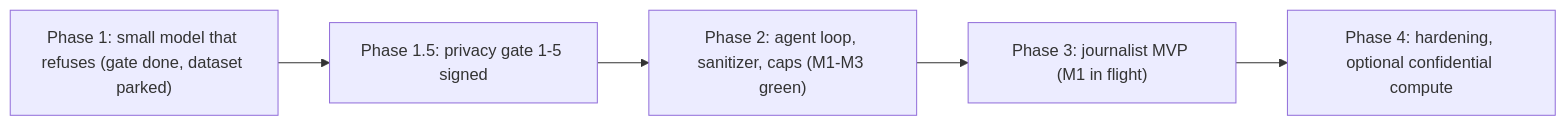
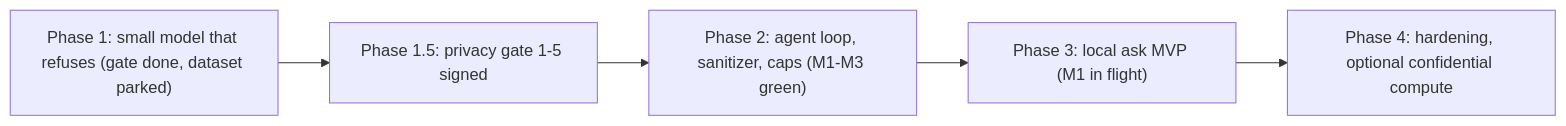
One commit to 9lordisgod/salomon changed the second of 2 diagrams in README.md. Above: the diagram before and after it, drawn with Mermaid. The commit also changed other lines of this file and 2 other files, not shown here.

````diff
--- a/README.md
+++ b/README.md
@@ -58,7 +52,7 @@
 ```mermaid
 flowchart LR
   P1["Phase 1: small model that refuses (gate done, dataset parked)"] --> G["Phase 1.5: privacy gate 1-5 signed"]
   G --> P2["Phase 2: agent loop, sanitizer, caps (M1-M3 green)"]
-  P2 --> P3["Phase 3: journalist MVP (M1 in flight)"]
+  P2 --> P3["Phase 3: local ask MVP (M1 in flight)"]
   P3 --> P4["Phase 4: hardening, optional confidential compute"]
 ```
````
